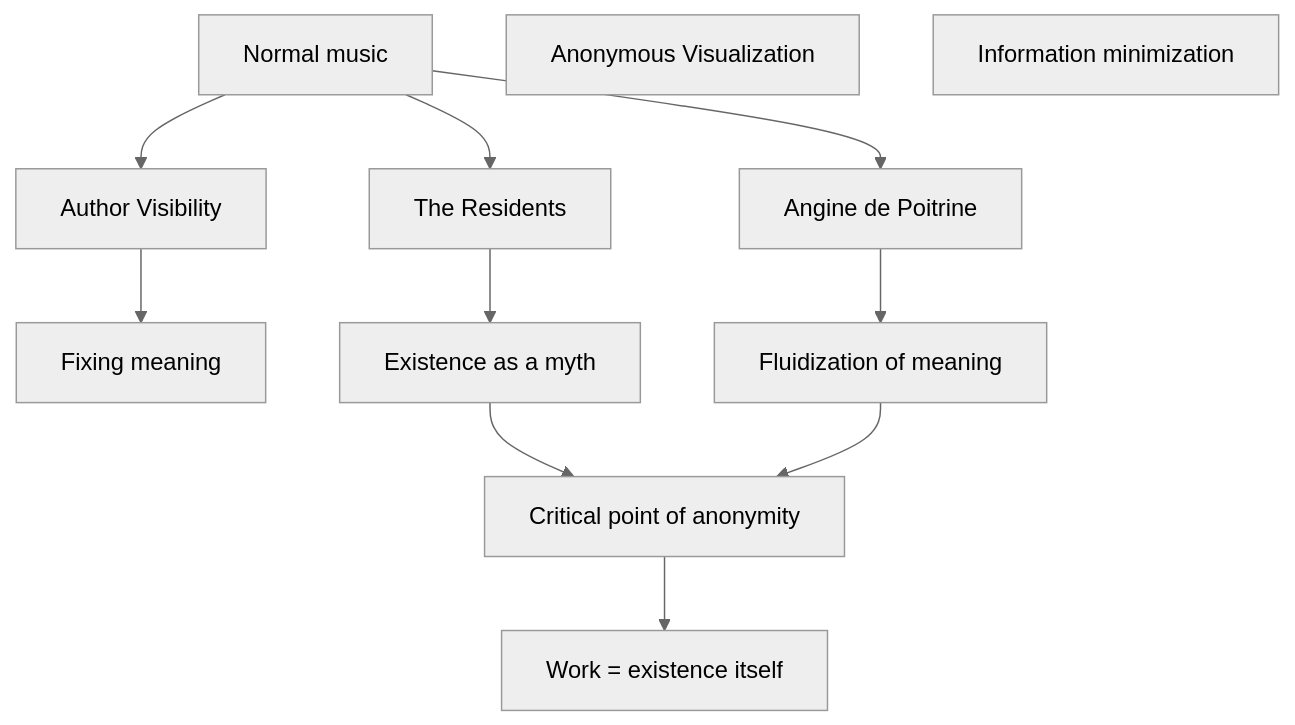
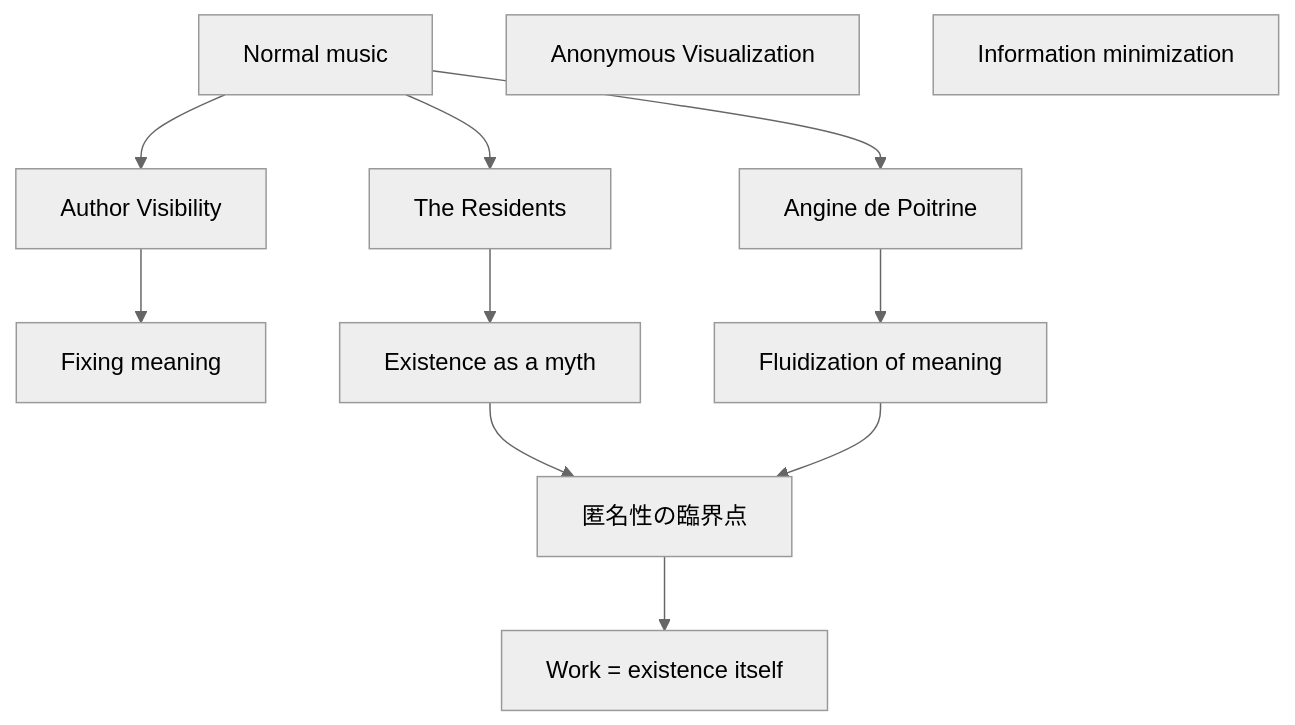
Diagram 12 of 17 in en/_posts/2026-07-06-column-angine-de-poitrine-the-residents.md (monumental-movement/monumental-movement.github.io), drawn with Mermaid (neutral theme) before and after one commit. The commit also changed other lines of this file and 1012 other files, not shown here.

```diff
--- a/en/_posts/2026-07-06-column-angine-de-poitrine-the-residents.md
+++ b/en/_posts/2026-07-06-column-angine-de-poitrine-the-residents.md
@@ -1314,25 +1314,25 @@
 <div class="mermaid">
 flowchart TD
 
 A["Normal music"]
 B["Author Visibility"]
 C["Fixing meaning"]
 
 D["The Residents"]
 E["Anonymous Visualization"]
 F["Existence as a myth"]
 
 G["Angine de Poitrine"]
 H["Information minimization"]
 I["Fluidization of meaning"]
 
-J["Critical point of anonymity"]
+J["匿名性の臨界点"]
 K["Work = existence itself"]
 
 A --> B --> C
 A --> D --> F
 A --> G --> I
 F --> J
 I --> J
 J --> K
 </div>
```
